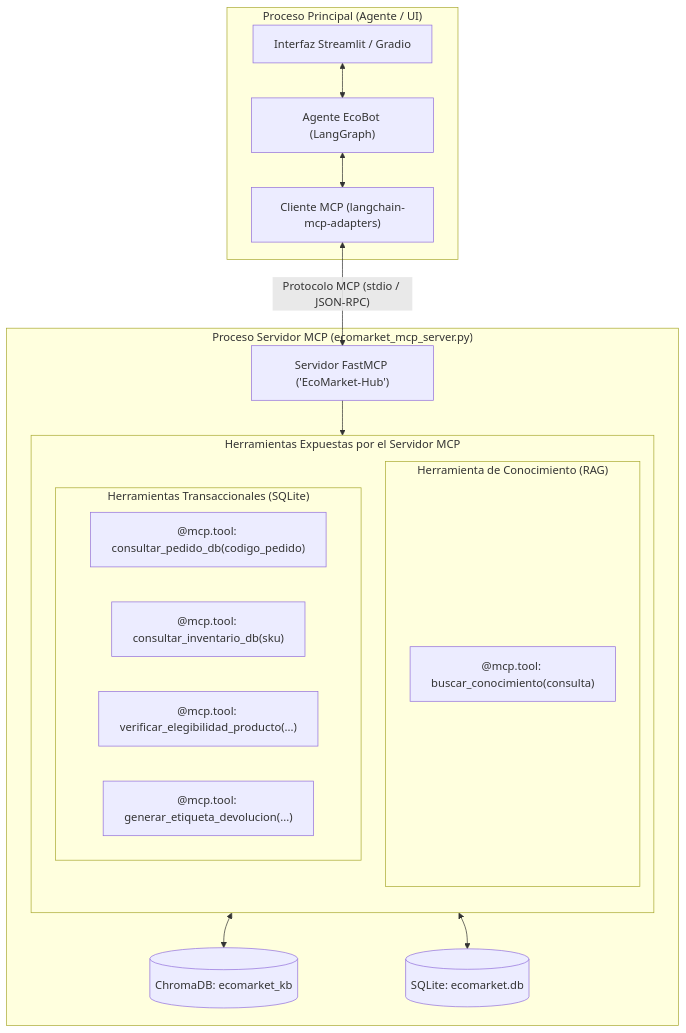
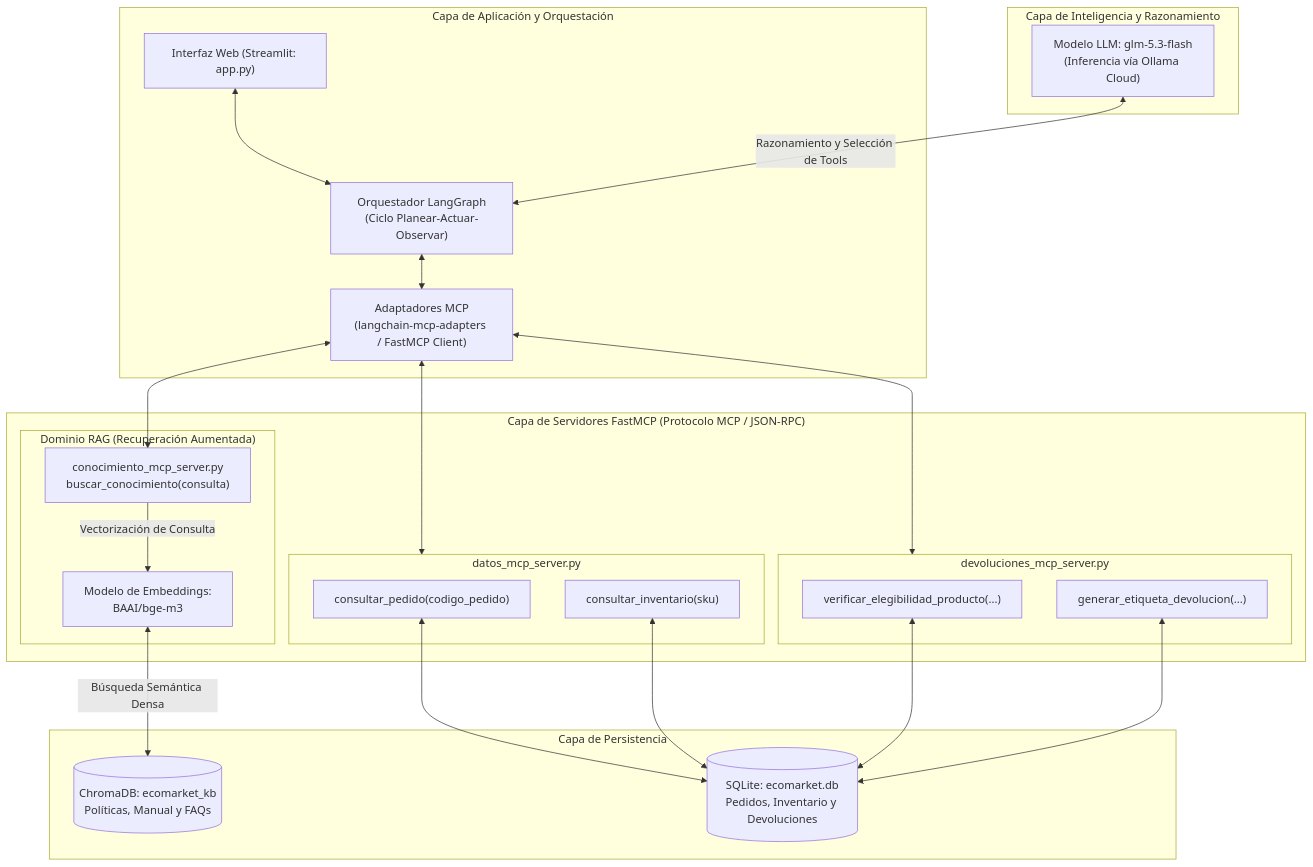
One commit to Pipicano25/Taller-EcoMarket-Agente changed the second of 5 diagrams in caso_de_estudio_taller_final.md. Above: the diagram before and after it, drawn with Mermaid. The commit also changed other lines of this file and 1 other file, not shown here.

````diff
--- a/caso_de_estudio_taller_final.md
+++ b/caso_de_estudio_taller_final.md
@@ -114,29 +113,47 @@
 ```mermaid
 flowchart TD
-    subgraph ClientProcess["Proceso Principal (Agente / UI)"]
-        UI[Interfaz Streamlit / Gradio] <--> Agent["Agente EcoBot (LangGraph)"]
-        Agent <--> MCPClient["Cliente MCP (langchain-mcp-adapters)"]
+    subgraph LLMLayer["Capa de Inteligencia y Razonamiento"]
+        LLM["Modelo LLM: glm-5.3-flash<br/>(Inferencia vía Ollama Cloud)"]
     end
 
-    subgraph MCPServerProcess["Proceso Servidor MCP (ecomarket_mcp_server.py)"]
-        FastMCP["Servidor FastMCP ('EcoMarket-Hub')"]
-        MCPClient <-->|"Protocolo MCP (stdio / JSON-RPC)"| FastMCP
-        
-        subgraph ToolsMCP["Herramientas Expuestas por el Servidor MCP"]
-            direction TB
-            subgraph RAG_Tool["Herramienta de Conocimiento (RAG)"]
-                M0["@mcp.tool: buscar_conocimiento(consulta)"]
-            end
-            subgraph SQL_Tools["Herramientas Transaccionales (SQLite)"]
-                M1["@mcp.tool: consultar_pedido_db(codigo_pedido)"]
-                M2["@mcp.tool: consultar_inventario_db(sku)"]
-                M3["@mcp.tool: verificar_elegibilidad_producto(...)"]
-                M4["@mcp.tool: generar_etiqueta_devolucion(...)"]
-            end
+    subgraph ClientLayer["Capa de Aplicación y Orquestación"]
+        UI["Interfaz Web (Streamlit: app.py)"] <--> Graph["Orquestador LangGraph<br/>(Ciclo Planear-Actuar-Observar)"]
+        Graph <--> MCPAdapters["Adaptadores MCP<br/>(langchain-mcp-adapters / FastMCP Client)"]
+    end
+
+    LLM <-->|"Razonamiento y Selección de Tools"| Graph
+
+    subgraph MCPLayer["Capa de Servidores FastMCP (Protocolo MCP / JSON-RPC)"]
+        subgraph RAG_Block["Dominio RAG (Recuperación Aumentada)"]
+            SrvConocimiento["conocimiento_mcp_server.py<br/>buscar_conocimiento(consulta)"]
+            Embeddings["Modelo de Embeddings:<br/>BAAI/bge-m3"]
         end
-        
-        FastMCP --> ToolsMCP
-        M0 <--> Chroma[(ChromaDB: ecomarket_kb)]
-        SQL_Tools <--> DB[(SQLite: ecomarket.db)]
+
+        subgraph SrvDatos["datos_mcp_server.py"]
+            T_PED["consultar_pedido(codigo_pedido)"]
+            T_INV["consultar_inventario(sku)"]
+        end
+
+        subgraph SrvDevoluciones["devoluciones_mcp_server.py"]
+            T_VER["verificar_elegibilidad_producto(...)"]
+            T_GEN["generar_etiqueta_devolucion(...)"]
+        end
     end
+
+    subgraph StorageLayer["Capa de Persistencia"]
+        Chroma[(ChromaDB: ecomarket_kb<br/>Políticas, Manual y FAQs)]
+        SQLite[(SQLite: ecomarket.db<br/>Pedidos, Inventario y Devoluciones)]
+    end
+
+    MCPAdapters <--> SrvConocimiento
+    MCPAdapters <--> SrvDatos
+    MCPAdapters <--> SrvDevoluciones
+
+    SrvConocimiento -->|"Vectorización de Consulta"| Embeddings
+    Embeddings <-->|"Búsqueda Semántica Densa"| Chroma
+
+    T_PED <--> SQLite
+    T_INV <--> SQLite
+    T_VER <--> SQLite
+    T_GEN <--> SQLite
 ```
````
